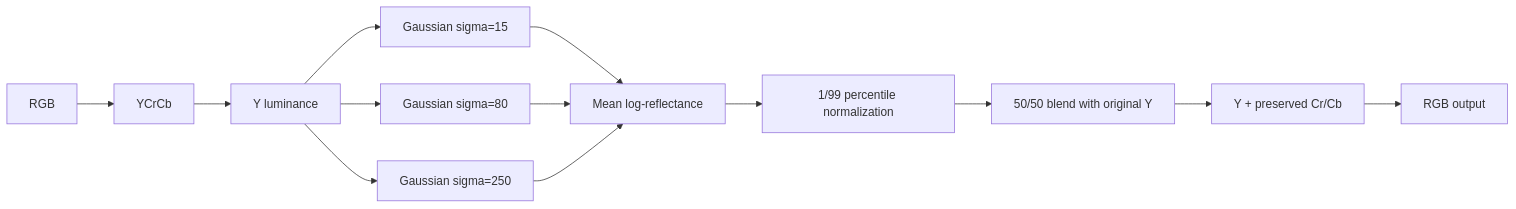
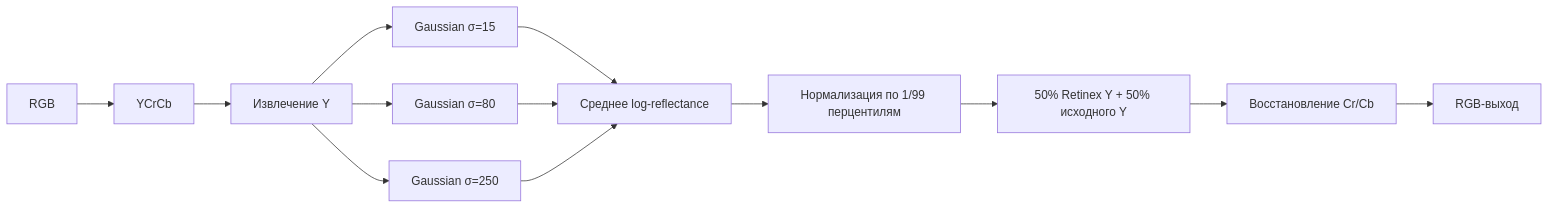
The sixth of 7 diagrams in README_RUS.md (mutalova-zhazira/face_identity_faster-rcnn_self-attention_retinex), drawn with Mermaid before and after one commit. The commit also changed other lines of this file, not shown here.

````diff
--- a/README_RUS.md
+++ b/README_RUS.md
@@ -165,15 +297,17 @@
 ```mermaid
 flowchart LR
     A["RGB"] --> B["YCrCb"]
-    B --> C["Y luminance"]
-    C --> D1["Gaussian sigma=15"]
-    C --> D2["Gaussian sigma=80"]
-    C --> D3["Gaussian sigma=250"]
-    D1 --> E["Mean log-reflectance"]
+    B --> C["Извлечение Y"]
+    C --> D1["Gaussian σ=15"]
+    C --> D2["Gaussian σ=80"]
+    C --> D3["Gaussian σ=250"]
+
+    D1 --> E["Среднее log-reflectance"]
     D2 --> E
     D3 --> E
-    E --> F["1/99 percentile normalization"]
-    F --> G["50/50 blend with original Y"]
-    G --> H["Y + preserved Cr/Cb"]
-    H --> I["RGB output"]
+
+    E --> F["Нормализация по 1/99 перцентилям"]
+    F --> G["50% Retinex Y + 50% исходного Y"]
+    G --> H["Восстановление Cr/Cb"]
+    H --> I["RGB-выход"]
 ```
````
